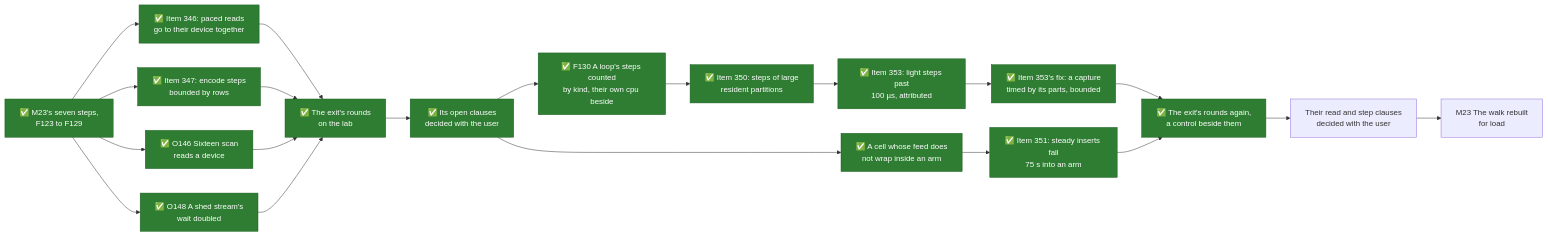
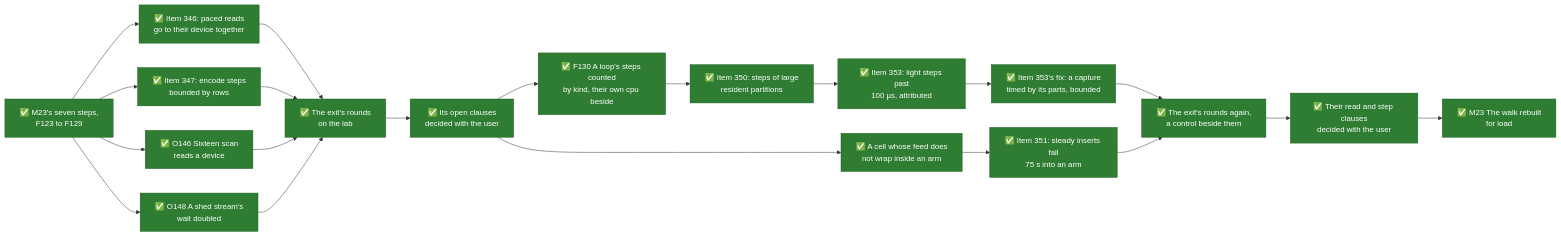
The third of 5 diagrams in docs/src/future-work/scans/whats-left-todo.md (mjcarson/shoal), drawn with Mermaid before and after one commit. The commit also changed other lines of this file and 14 other files, not shown here.

````diff
--- a/docs/src/future-work/scans/whats-left-todo.md
+++ b/docs/src/future-work/scans/whats-left-todo.md
@@ -199,28 +211,28 @@
 ```mermaid
 flowchart LR
     classDef done fill:#2e7d32,stroke:#1b5e20,color:#ffffff
     Steps["✅ M23's seven steps,<br>F123 to F129"]:::done
     I346["✅ Item 346: paced reads<br>go to their device together"]:::done
     I347["✅ Item 347: encode steps<br>bounded by rows"]:::done
     O146["✅ O146 Sixteen scan<br>reads a device"]:::done
     O148["✅ O148 A shed stream's<br>wait doubled"]:::done
     Exit["✅ The exit's rounds<br>on the lab"]:::done
     Decided["✅ Its open clauses<br>decided with the user"]:::done
     Count["✅ F130 A loop's steps counted<br>by kind, their own cpu beside"]:::done
     I350["✅ Item 350: steps of large<br>resident partitions"]:::done
     I353["✅ Item 353: light steps past<br>100 µs, attributed"]:::done
     I353f["✅ Item 353's fix: a capture<br>timed by its parts, bounded"]:::done
     Cell["✅ A cell whose feed does<br>not wrap inside an arm"]:::done
     I351["✅ Item 351: steady inserts fall<br>75 s into an arm"]:::done
     Again["✅ The exit's rounds again,<br>a control beside them"]:::done
-    Clauses["Their read and step clauses<br>decided with the user"]
-    M23["M23 The walk rebuilt<br>for load"]
+    Clauses["✅ Their read and step clauses<br>decided with the user"]:::done
+    M23["✅ M23 The walk rebuilt<br>for load"]:::done
     Steps --> I346 --> Exit
     Steps --> I347 --> Exit
     Steps --> O146 --> Exit
     Steps --> O148 --> Exit
     Exit --> Decided
     Decided --> Count --> I350 --> I353 --> I353f --> Again
     Decided --> Cell --> I351 --> Again
     Again --> Clauses --> M23
 ```
````
